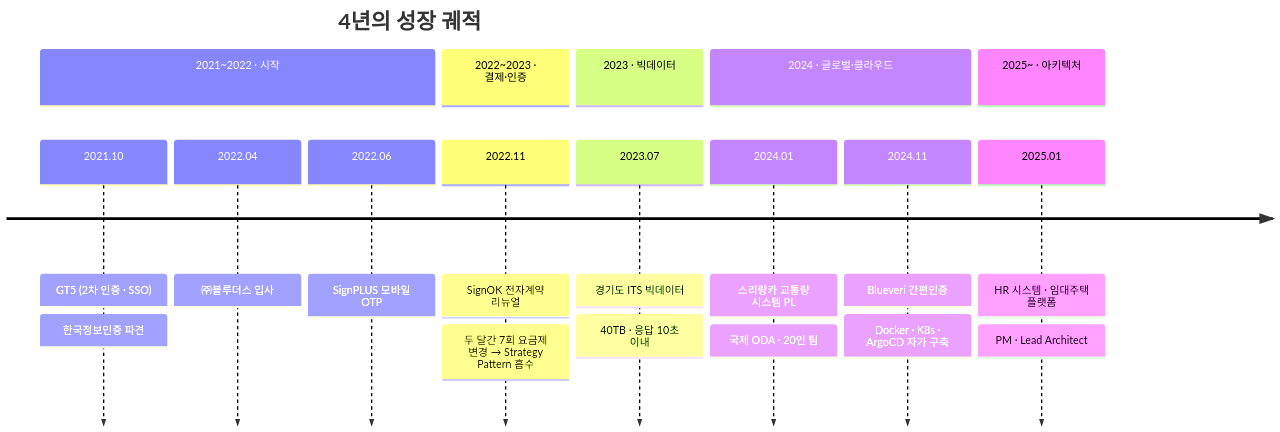
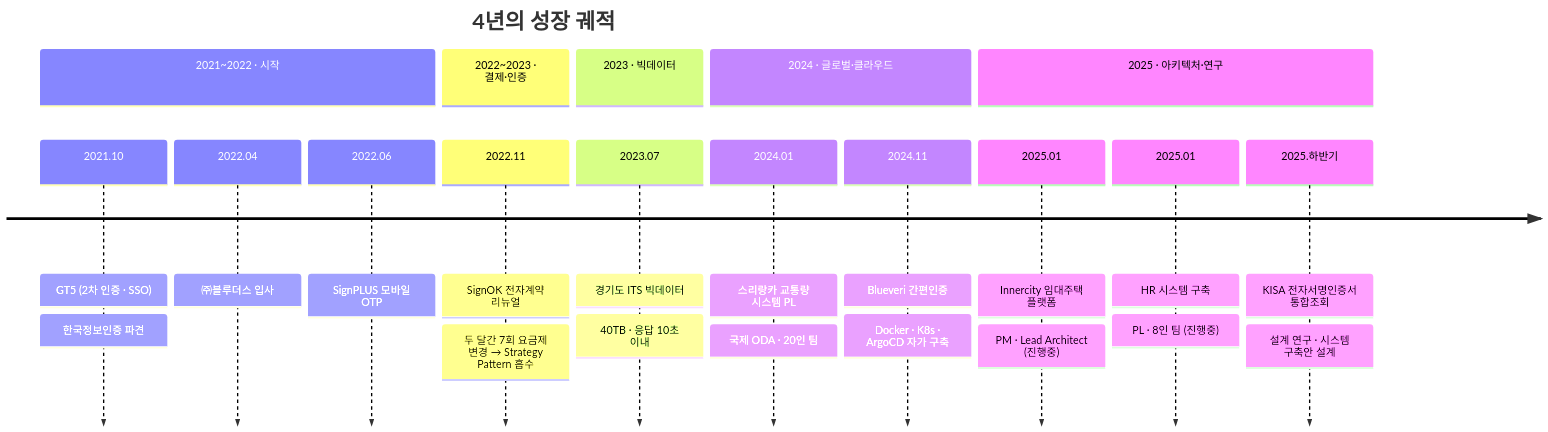
One commit to achul1026/achul1026 changed the diagram in README.md. Above: the diagram before and after it, drawn with Mermaid. The commit also changed other lines of this file, not shown here.

First line of the commit message:
docs: add Innercity and KISA projects

````diff
--- a/README.md
+++ b/README.md
@@ -26,23 +26,27 @@
 ```mermaid
 timeline
     title 4년의 성장 궤적
     section 2021~2022 · 시작
         2021.10 : GT5 (2차 인증 · SSO)
                 : 한국정보인증 파견
         2022.04 : ㈜블루더스 입사
         2022.06 : SignPLUS 모바일 OTP
     section 2022~2023 · 결제·인증
         2022.11 : SignOK 전자계약 리뉴얼
                 : 두 달간 7회 요금제 변경 → Strategy Pattern 흡수
     section 2023 · 빅데이터
         2023.07 : 경기도 ITS 빅데이터
                 : 40TB · 응답 10초 이내
     section 2024 · 글로벌·클라우드
         2024.01 : 스리랑카 교통량 시스템 PL
                 : 국제 ODA · 20인 팀
         2024.11 : Blueveri 간편인증
                 : Docker · K8s · ArgoCD 자가 구축
-    section 2025~ · 아키텍처
-        2025.01 : HR 시스템 · 임대주택 플랫폼
-                : PM · Lead Architect
+    section 2025 · 아키텍처·연구
+        2025.01 : Innercity 임대주택 플랫폼
+                : PM · Lead Architect (진행중)
+        2025.01 : HR 시스템 구축
+                : PL · 8인 팀 (진행중)
+        2025.하반기 : KISA 전자서명인증서 통합조회
+                : 설계 연구 · 시스템 구축안 설계
 ```
````
